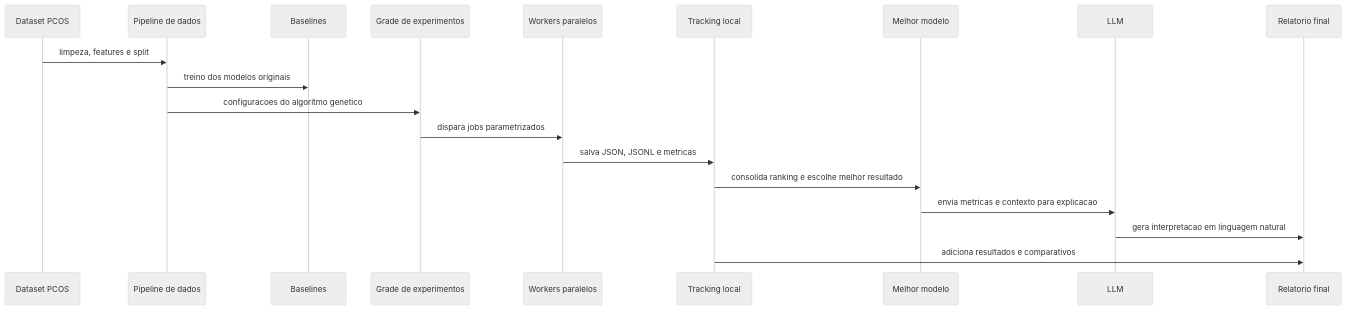
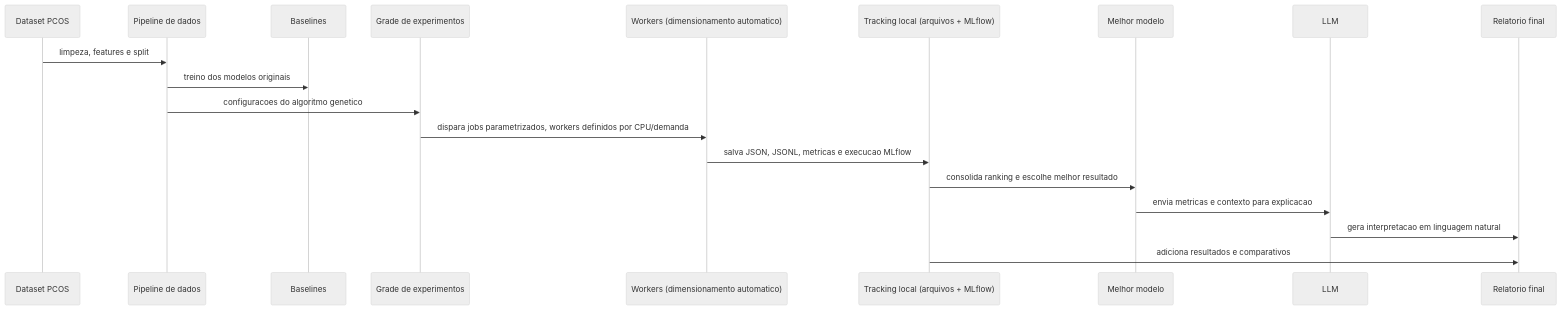
The diagram in Tech Challenge/Fase 2/README.md (mathtmz/fiap-pos-ia-devs), drawn with Mermaid (neutral theme) before and after one commit. The commit also changed other lines of this file and 17 other files, not shown here.

````diff
--- a/Tech Challenge/Fase 2/README.md
+++ b/Tech Challenge/Fase 2/README.md
@@ -156,22 +203,22 @@
 ```mermaid
 sequenceDiagram
     participant D as Dataset PCOS
     participant P as Pipeline de dados
     participant B as Baselines
     participant G as Grade de experimentos
-    participant W as Workers paralelos
-    participant T as Tracking local
+    participant W as Workers (dimensionamento automatico)
+    participant T as Tracking local (arquivos + MLflow)
     participant M as Melhor modelo
     participant L as LLM
     participant R as Relatorio final
 
     D->>P: limpeza, features e split
     P->>B: treino dos modelos originais
     P->>G: configuracoes do algoritmo genetico
-    G->>W: dispara jobs parametrizados
-    W->>T: salva JSON, JSONL e metricas
+    G->>W: dispara jobs parametrizados, workers definidos por CPU/demanda
+    W->>T: salva JSON, JSONL, metricas e execucao MLflow
     T->>M: consolida ranking e escolhe melhor resultado
     M->>L: envia metricas e contexto para explicacao
     L->>R: gera interpretacao em linguagem natural
     T->>R: adiciona resultados e comparativos
 ```
````
